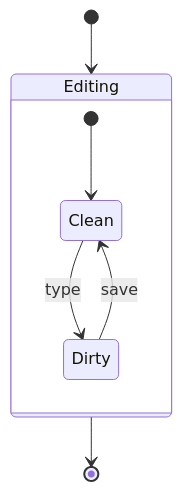
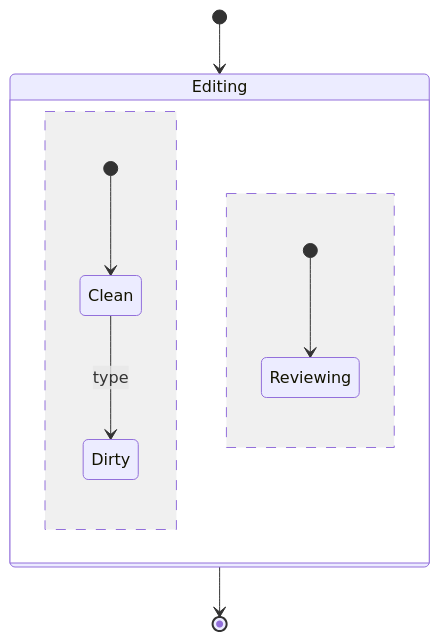
Before and after one commit to RedSalamanders/RedTilde: the third of 7 diagrams in docs/examples/rendering-fallback-cases.md, drawn with Mermaid. The commit also changed other lines of this file and 292 other files, not shown here.

````diff
--- a/docs/examples/rendering-fallback-cases.md
+++ b/docs/examples/rendering-fallback-cases.md
@@ -93,10 +92,11 @@
 ```mermaid
 stateDiagram-v2
 [*] --> Editing
 state Editing {
     [*] --> Clean
     Clean --> Dirty : type
-    Dirty --> Clean : save
+    --
+    [*] --> Reviewing
 }
 Editing --> [*]
 ```
````
